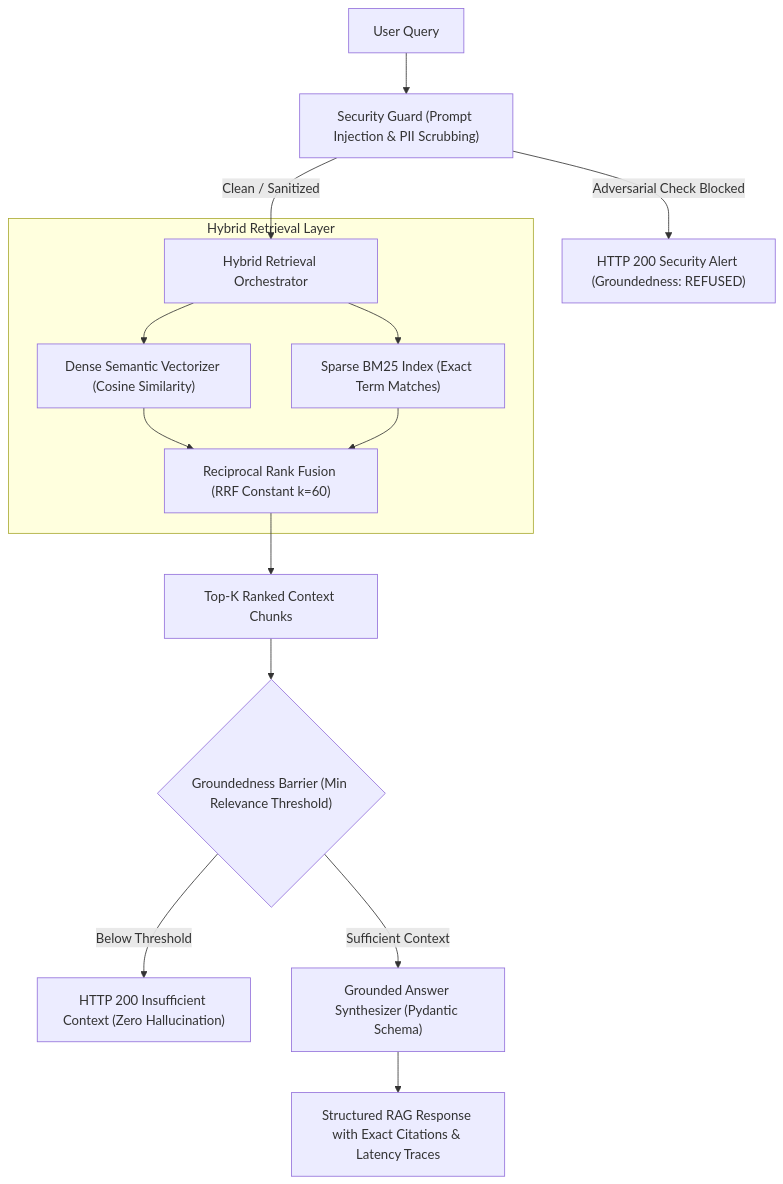
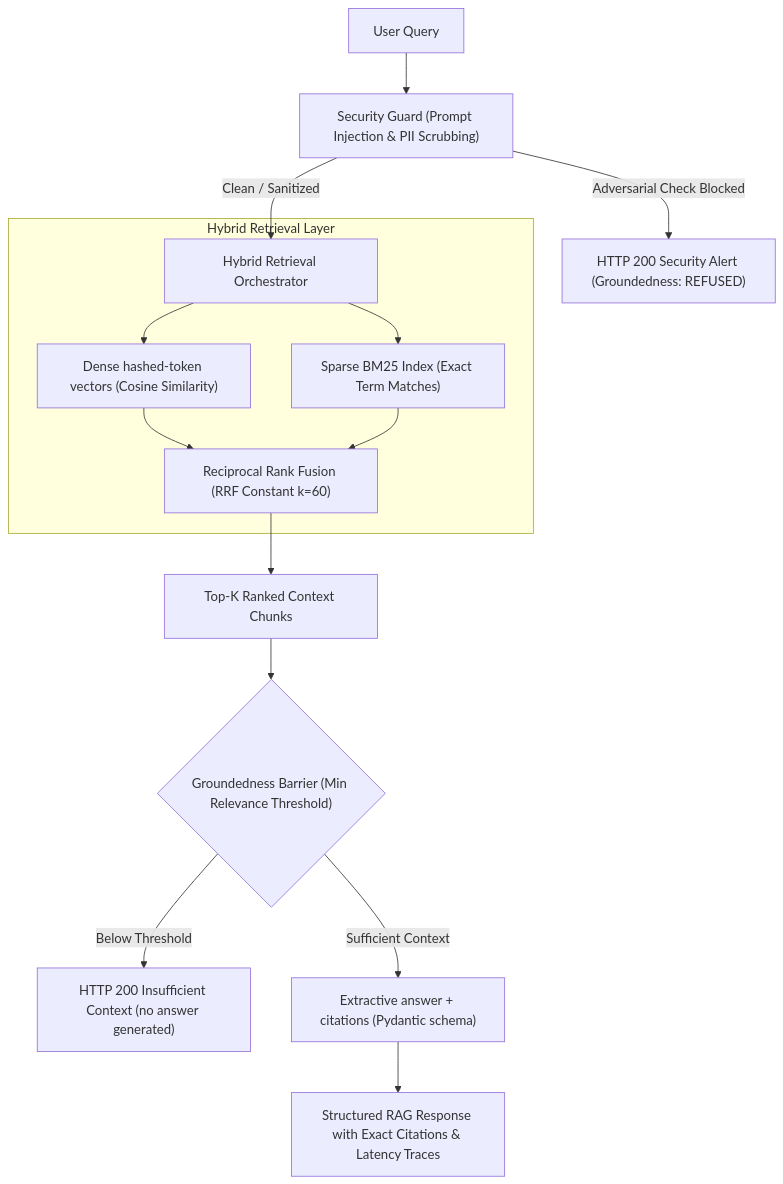
The diagram in README.md (Aldid/production-rag-system), drawn with Mermaid before and after one commit. The commit also changed other lines of this file, not shown here.

````diff
--- a/README.md
+++ b/README.md
@@ -28,20 +29,20 @@
 ```mermaid
 flowchart TD
     UserQuery["User Query"] --> SecGuard["Security Guard (Prompt Injection & PII Scrubbing)"]
     SecGuard -->|Adversarial Check Blocked| RefusalResp["HTTP 200 Security Alert (Groundedness: REFUSED)"]
     SecGuard -->|Clean / Sanitized| HybridSearch["Hybrid Retrieval Orchestrator"]
     
     subgraph Retrieval [Hybrid Retrieval Layer]
-        HybridSearch --> Dense["Dense Semantic Vectorizer (Cosine Similarity)"]
+        HybridSearch --> Dense["Dense hashed-token vectors (Cosine Similarity)"]
         HybridSearch --> Sparse["Sparse BM25 Index (Exact Term Matches)"]
         Dense --> RRF["Reciprocal Rank Fusion (RRF Constant k=60)"]
         Sparse --> RRF
     end
     
     RRF --> TopK["Top-K Ranked Context Chunks"]
     TopK --> GroundingCheck{"Groundedness Barrier (Min Relevance Threshold)"}
-    GroundingCheck -->|Below Threshold| InsufficientResp["HTTP 200 Insufficient Context (Zero Hallucination)"]
-    GroundingCheck -->|Sufficient Context| Synthesizer["Grounded Answer Synthesizer (Pydantic Schema)"]
+    GroundingCheck -->|Below Threshold| InsufficientResp["HTTP 200 Insufficient Context (no answer generated)"]
+    GroundingCheck -->|Sufficient Context| Synthesizer["Extractive answer + citations (Pydantic schema)"]
     
     Synthesizer --> StructuredOutput["Structured RAG Response with Exact Citations & Latency Traces"]
 ```
````
